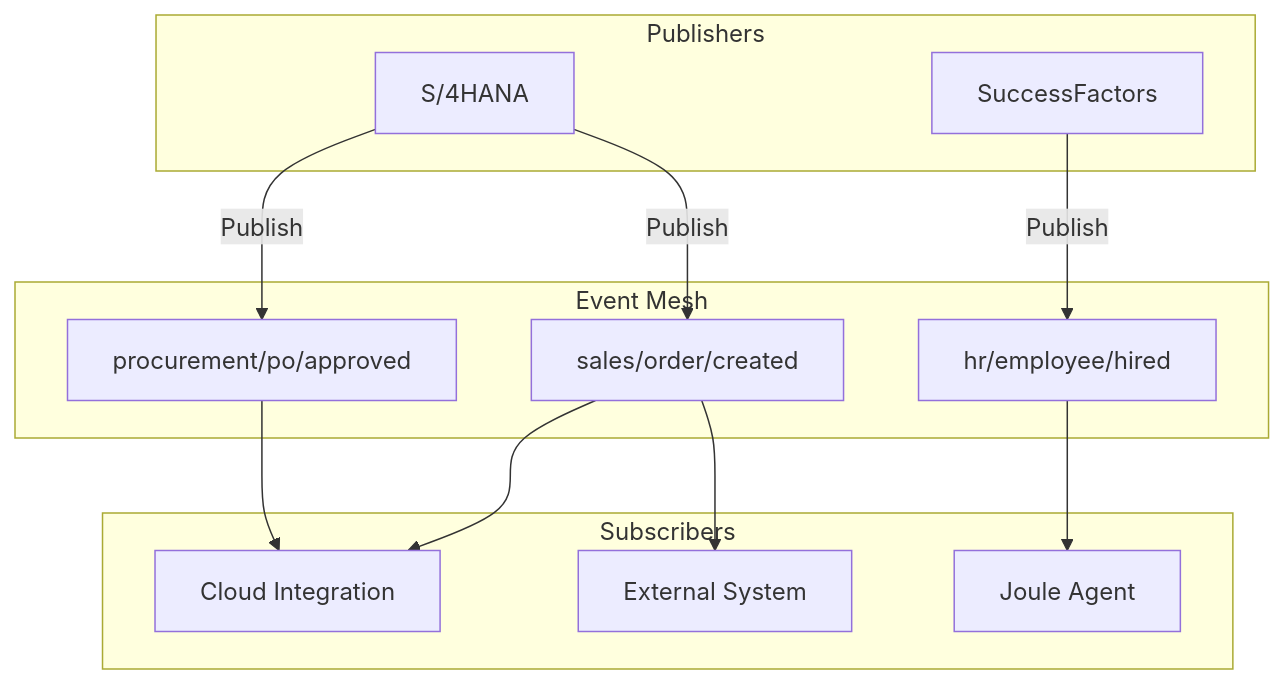
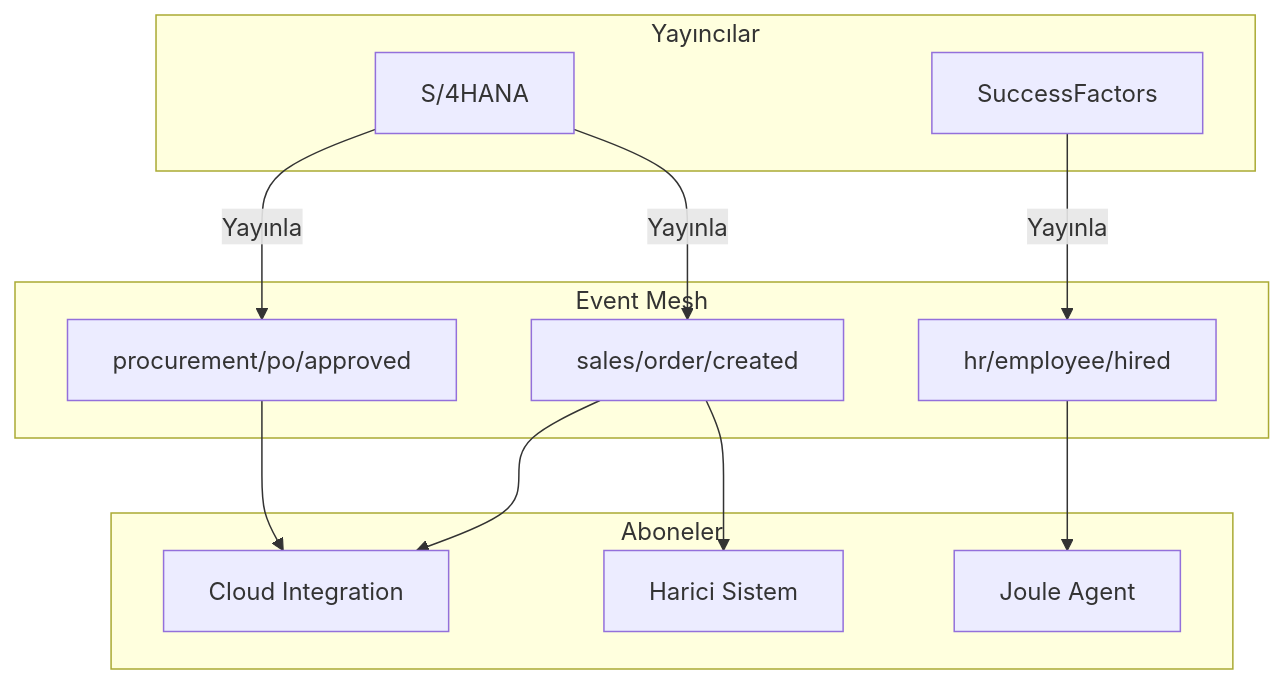
One commit to beyhanmeyrali/sap-all changed the sixth of 8 diagrams in Technical Tutorials/BTP/TR/chapters/15-integration-suite.md. Above: the diagram before and after it, drawn with Mermaid. The commit also changed other lines of this file and 11 other files, not shown here.

````diff
--- a/Technical Tutorials/BTP/TR/chapters/15-integration-suite.md
+++ b/Technical Tutorials/BTP/TR/chapters/15-integration-suite.md
@@ -208,28 +208,28 @@
 ```mermaid
 graph TD
-    subgraph "Publishers"
+    subgraph "Yayıncılar"
         S4[S/4HANA]
         SF[SuccessFactors]
     end
 
     subgraph "Event Mesh"
         Q1[sales/order/created]
         Q2[hr/employee/hired]
         Q3[procurement/po/approved]
     end
 
-    subgraph "Subscribers"
+    subgraph "Aboneler"
         CPI[Cloud Integration]
-        EXT[External System]
+        EXT[Harici Sistem]
         JOULE[Joule Agent]
     end
 
-    S4 --> |"Publish"| Q1
-    SF --> |"Publish"| Q2
-    S4 --> |"Publish"| Q3
+    S4 --> |"Yayınla"| Q1
+    SF --> |"Yayınla"| Q2
+    S4 --> |"Yayınla"| Q3
 
     Q1 --> CPI
     Q1 --> EXT
     Q2 --> JOULE
     Q3 --> CPI
 ```
````
